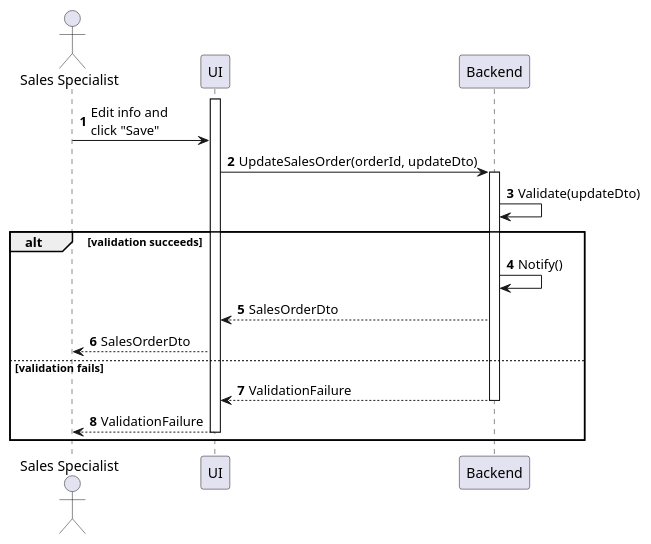
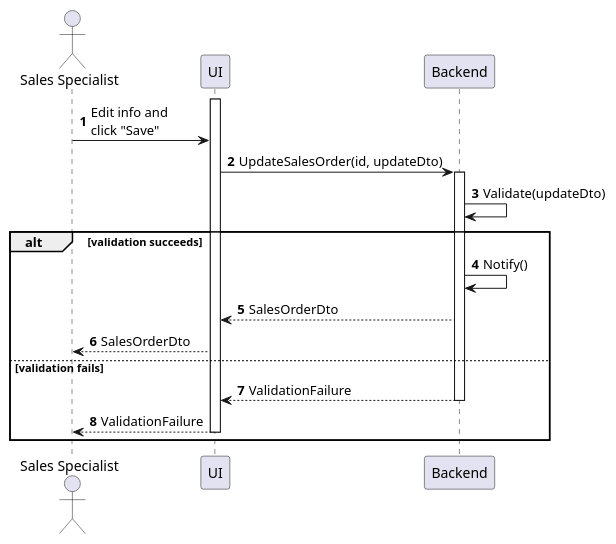
One commit to phihungha/scmss-reqs changed the diagram in sequences/sales-order-update.plantuml. Above: the diagram before and after it, drawn with PlantUML. The commit also changed 9 other files, not shown here.

Commit message:
Add production sequences

```diff
--- a/sequences/sales-order-update.plantuml
+++ b/sequences/sales-order-update.plantuml
@@ -1,23 +1,23 @@
 @startuml sales-order-update
 autonumber
 
 actor "Sales Specialist" as a
 participant UI as f
 participant Backend as b
 
 activate f
 a -> f : Edit info and\nclick "Save"
-f -> b : UpdateSalesOrder(orderId, updateDto)
+f -> b : UpdateSalesOrder(id, updateDto)
 activate b
 b -> b : Validate(updateDto)
 
 alt validation succeeds
     b -> b : Notify()
     b --> f : SalesOrderDto
     f --> a : SalesOrderDto
 else validation fails
     return ValidationFailure
     f --> a : ValidationFailure
     deactivate f
 end
 @enduml
```
